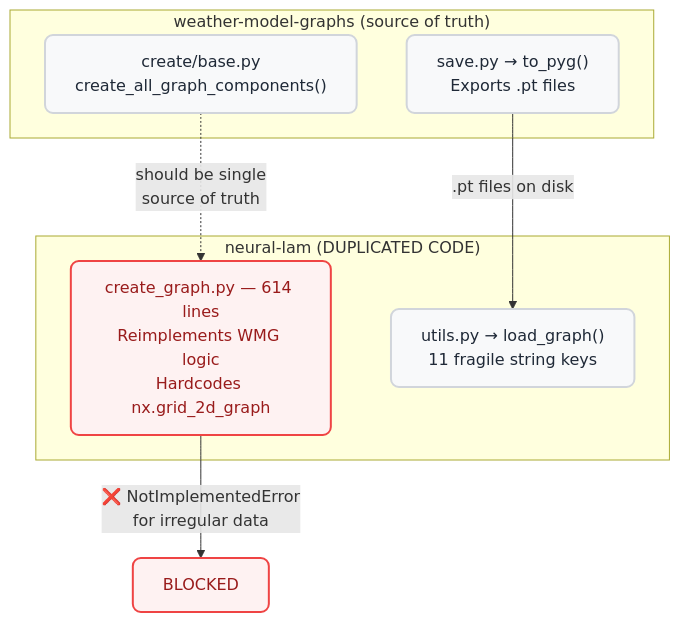
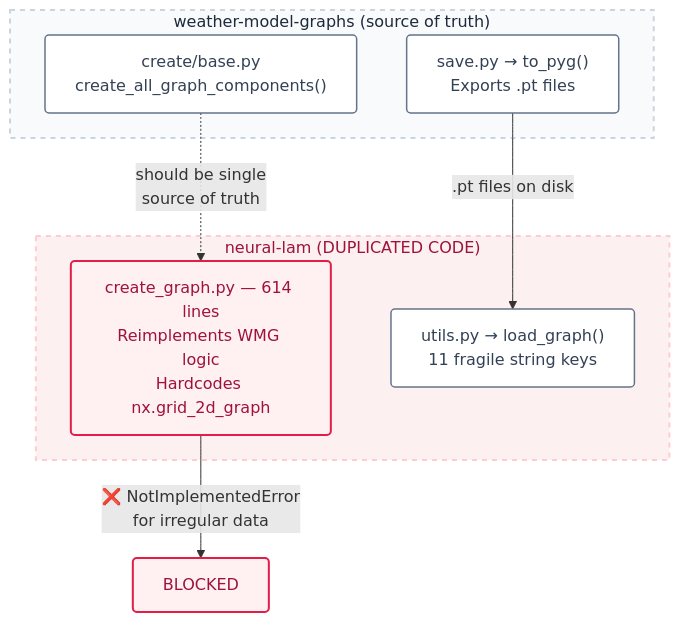
The fourth of 11 diagrams in GSoC_Project_Created_By_Antigravity.md (prajwal-tech07/Gsoc_test), drawn with Mermaid before and after one commit. The commit also changed other lines of this file, not shown here.

First line of the commit message:
Refactor mermaid diagrams and improve text clarity

````diff
--- a/GSoC_Project_Created_By_Antigravity.md
+++ b/GSoC_Project_Created_By_Antigravity.md
@@ -238,20 +238,28 @@
 ```mermaid
 flowchart TD
-    classDef default fill:#f8f9fa,stroke:#d1d5db,stroke-width:2px,rx:8px,color:#1f2937
-    classDef highlight fill:#e1f5fe,stroke:#0288d1,stroke-width:2px,rx:8px,color:#0f172a
-    classDef danger fill:#fef2f2,stroke:#ef4444,stroke-width:2px,rx:8px,color:#991b1b
+    %% Professional Class Definitions
+    classDef default fill:#ffffff,stroke:#64748b,stroke-width:1.5px,rx:4px,color:#334155
+    classDef highlight fill:#f0f9ff,stroke:#0284c7,stroke-width:1.5px,rx:4px,color:#0c4a6e
+    classDef danger fill:#fff1f2,stroke:#e11d48,stroke-width:2px,rx:4px,color:#9f1239
 
+    %% Source of Truth Subgraph
     subgraph WMG["weather-model-graphs (source of truth)"]
-        W1["create/base.py\ncreate_all_graph_components()"]
-        W2["save.py → to_pyg()\nExports .pt files"]
+        W1["create/base.py<br/>create_all_graph_components()"]
+        W2["save.py → to_pyg()<br/>Exports .pt files"]
     end
 
+    %% Duplicated Code Subgraph
     subgraph NL["neural-lam (DUPLICATED CODE)"]
-        N1["create_graph.py — 614 lines\nReimplements WMG logic\nHardcodes nx.grid_2d_graph"]:::danger
-        N2["utils.py → load_graph()\n11 fragile string keys"]
+        N1["create_graph.py — 614 lines<br/>Reimplements WMG logic<br/>Hardcodes nx.grid_2d_graph"]:::danger
+        N2["utils.py → load_graph()<br/>11 fragile string keys"]
     end
 
-    W1 -.->|"should be single\nsource of truth"| N1
+    %% Routing / Edges
+    W1 -.->|"should be single<br/>source of truth"| N1
     W2 -->|".pt files on disk"| N2
-    N1 -->|"❌ NotImplementedError\nfor irregular data"| X["BLOCKED"]:::danger
+    N1 -->|"❌ NotImplementedError<br/>for irregular data"| X["BLOCKED"]:::danger
+
+    %% Subgraph Visual Styling (Clean, dashed borders)
+    style WMG fill:#f8fafc,stroke:#cbd5e1,stroke-width:2px,stroke-dasharray: 5 5,color:#1e293b
+    style NL fill:#fcf0f0,stroke:#fecdd3,stroke-width:2px,stroke-dasharray: 5 5,color:#9f1239
 ```
````
